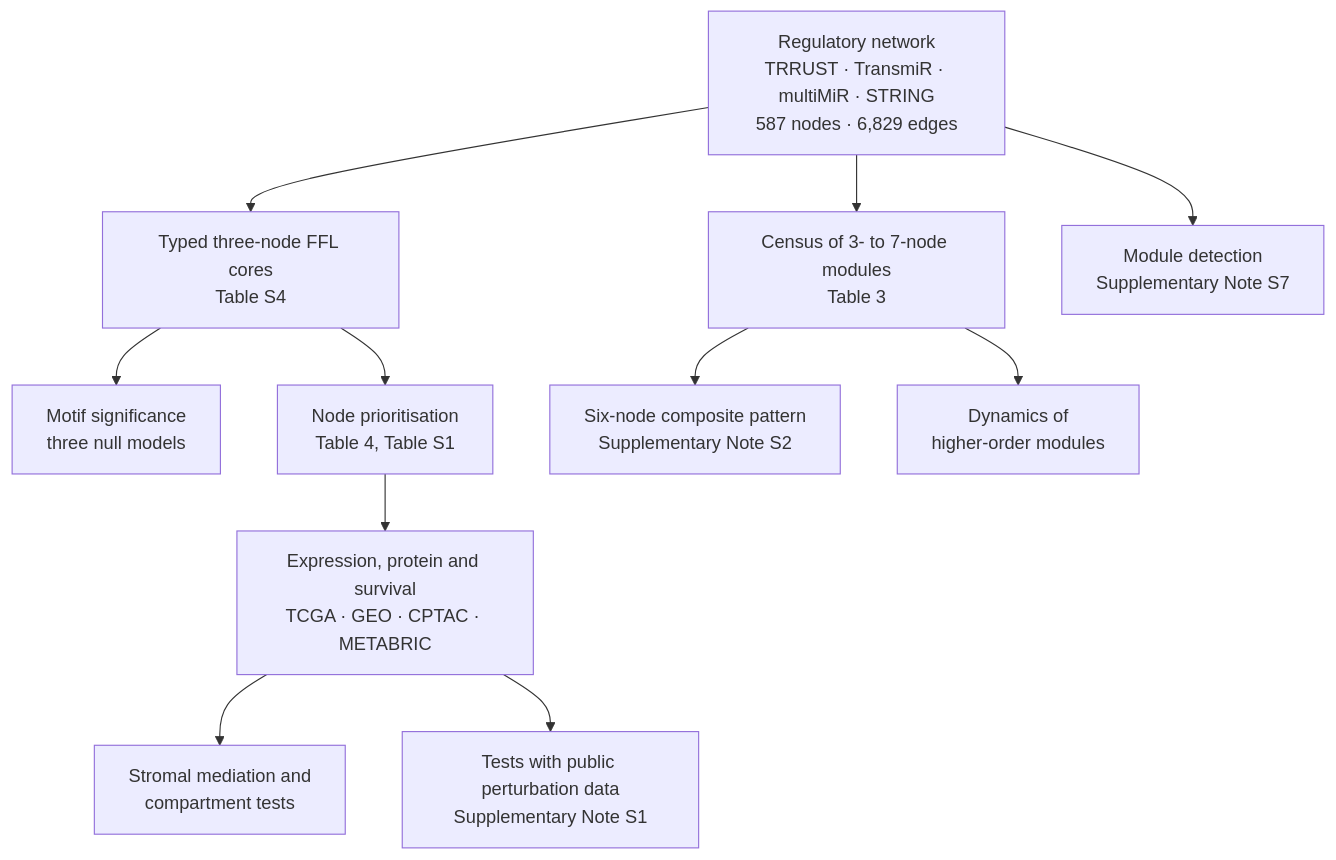
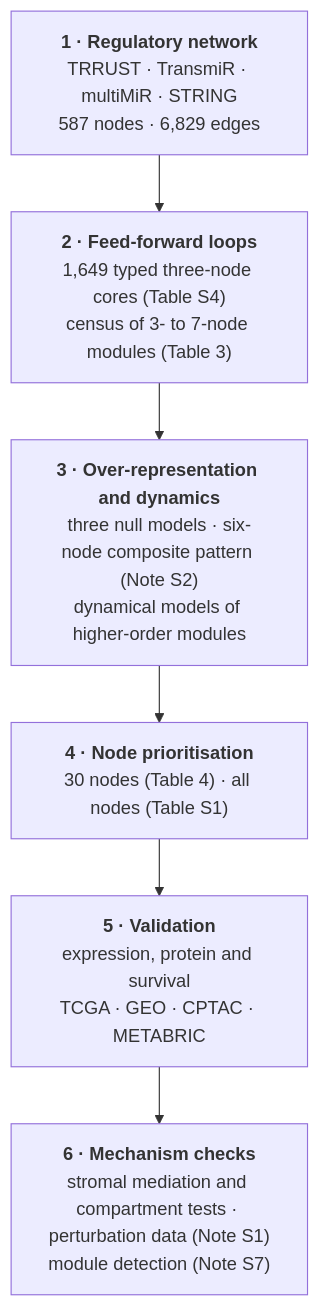
The diagram in README.md (siddugayam/six-node-ffl-breast-cancer), drawn with Mermaid before and after one commit. The commit also changed 2 other files, not shown here.

Commit message:
README: workflow diagram as a single column

````diff
--- a/README.md
+++ b/README.md
@@ -65,14 +65,10 @@
 ```mermaid
 flowchart TD
-    A["Regulatory network<br/>TRRUST · TransmiR · multiMiR · STRING<br/>587 nodes · 6,829 edges"]
-    A --> B["Typed three-node FFL cores<br/>Table S4"]
-    A --> C["Census of 3- to 7-node modules<br/>Table 3"]
-    B --> D["Motif significance<br/>three null models"]
-    C --> E["Six-node composite pattern<br/>Supplementary Note S2"]
-    C --> I["Dynamics of<br/>higher-order modules"]
-    B --> F["Node prioritisation<br/>Table 4, Table S1"]
-    F --> G["Expression, protein and survival<br/>TCGA · GEO · CPTAC · METABRIC"]
-    G --> H["Stromal mediation and<br/>compartment tests"]
-    G --> K["Tests with public perturbation data<br/>Supplementary Note S1"]
-    A --> J["Module detection<br/>Supplementary Note S7"]
+    A["<b>1 · Regulatory network</b><br/>TRRUST · TransmiR · multiMiR · STRING<br/>587 nodes · 6,829 edges"]
+    B["<b>2 · Feed-forward loops</b><br/>1,649 typed three-node cores (Table S4)<br/>census of 3- to 7-node modules (Table 3)"]
+    C["<b>3 · Over-representation and dynamics</b><br/>three null models · six-node composite pattern (Note S2)<br/>dynamical models of higher-order modules"]
+    D["<b>4 · Node prioritisation</b><br/>30 nodes (Table 4) · all nodes (Table S1)"]
+    E["<b>5 · Validation</b><br/>expression, protein and survival<br/>TCGA · GEO · CPTAC · METABRIC"]
+    F["<b>6 · Mechanism checks</b><br/>stromal mediation and compartment tests · perturbation data (Note S1)<br/>module detection (Note S7)"]
+    A --> B --> C --> D --> E --> F
 ```
````
